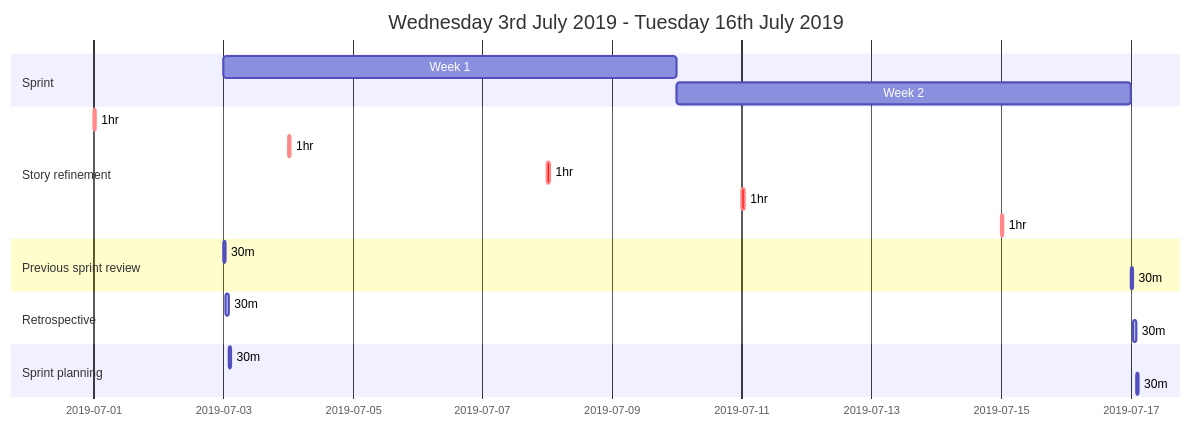
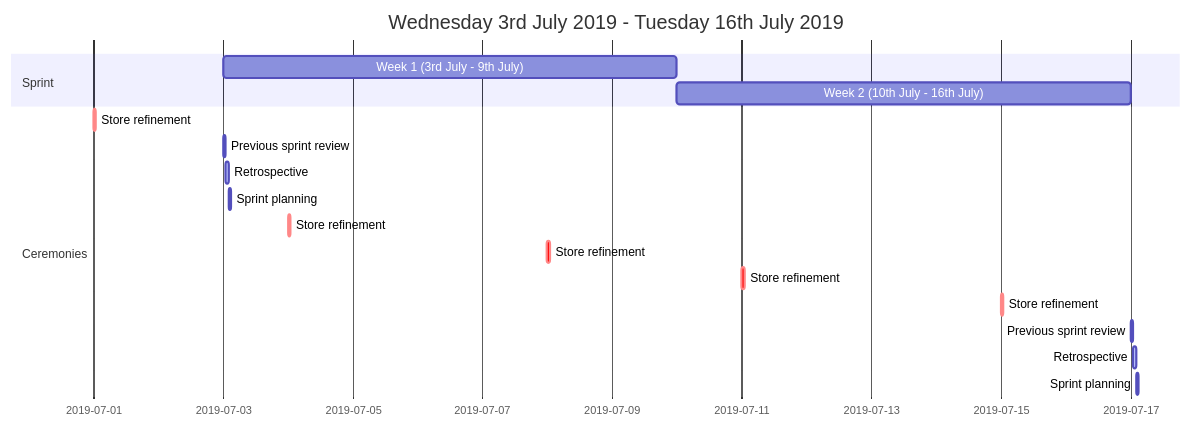
Before and after one commit to ianpowell2017/ianpowell2017.github.io: the diagram in _posts/2019-08-03-agile-diary.md, drawn with Mermaid. The commit also changed other lines of this file, not shown here.

````diff
--- a/_posts/2019-08-03-agile-diary.md
+++ b/_posts/2019-08-03-agile-diary.md
@@ -10,27 +10,23 @@
 ```mermaid
 gantt
     title Wednesday 3rd July 2019 - Tuesday 16th July 2019
 
     section Sprint
-    Week 1          :a1, 2019-07-03, 1w
-    Week 2          :b1, 2019-07-10, 1w
+    Week 1 (3rd July - 9th July)    :a1, 2019-07-03, 1w
+    Week 2 (10th July - 16th July)  :b1, 2019-07-10, 1w
 
-    section Story refinement
-    1hr :crit, st1, 2019-07-01, 1h
-    1hr :crit, st2, 2019-07-04, 1h
-    1hr :crit, st3, 2019-07-08, 1h
-    1hr :crit, st4, 2019-07-11, 1h
-    1hr :crit, st4, 2019-07-15, 1h
+    section Ceremonies
+    Store refinement        :crit, st1, 2019-07-01, 1h
+    Previous sprint review  :active, sprintreview1, 2019-07-03, 1h
+    Retrospective           :active, retrospective1, after sprintreview1, 1h
+    Sprint planning         :active, sprintplanning1, after retrospective1, 1h
+    Store refinement        :crit, st2, 2019-07-04, 1h
 
-    section Previous sprint review
-    30m :active, sprintreview1, 2019-07-03, 1h
-    30m :active, sprintreview2, 2019-07-17, 1h
+    Store refinement        :crit, st3, 2019-07-08, 1h
+    Store refinement        :crit, st4, 2019-07-11, 1h
+    Store refinement        :crit, st4, 2019-07-15, 1h
 
-    section Retrospective
-    30m :active, retrospective1, after sprintreview1, 1h
-    30m :active, retrospective2, after sprintreview2, 1h
-
-    section Sprint planning
-    30m :active, sprintplanning1, after retrospective1, 1h
-    30m :active, sprintplanning2, after retrospective2, 1h
+    Previous sprint review  :active, sprintreview2, 2019-07-17, 1h    
+    Retrospective           :active, retrospective2, after sprintreview2, 1h    
+    Sprint planning         :active, sprintplanning2, after retrospective2, 1h
 ```
````
